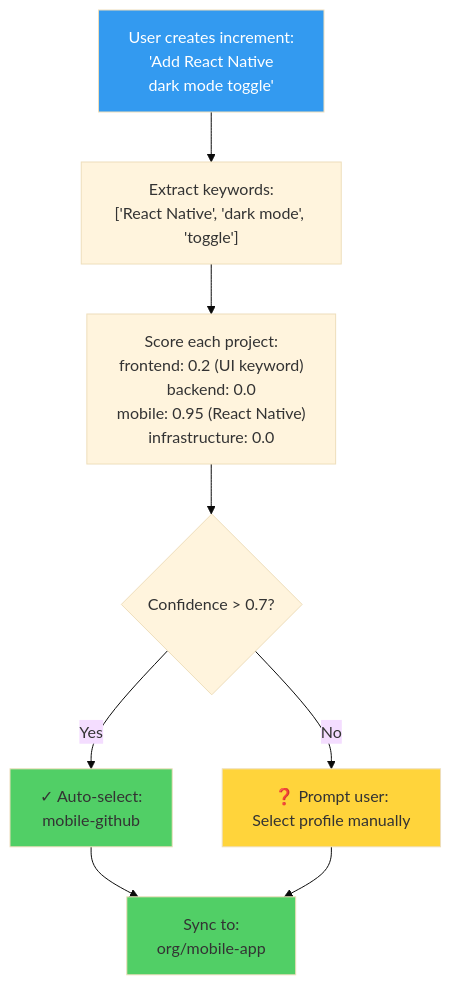
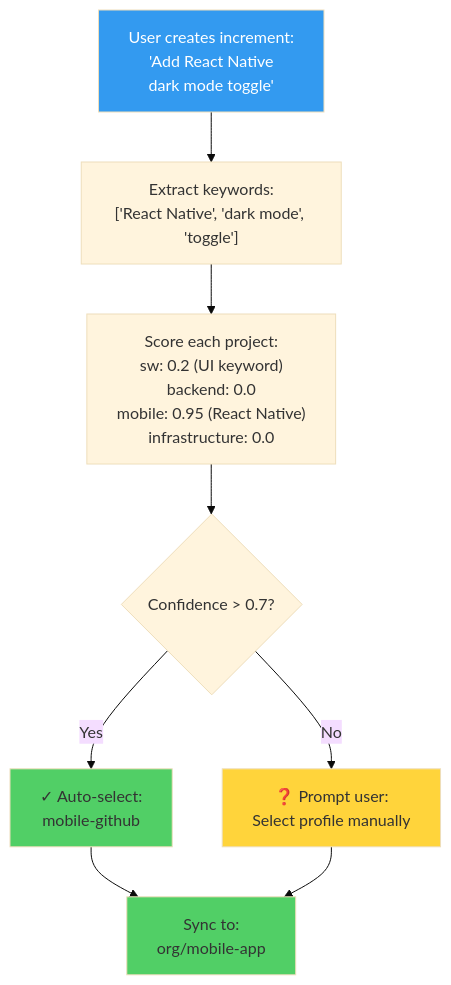
The sixth of 10 diagrams in docs-site/docs/guides/multi-project-sync-architecture.md (anton-abyzov/specweave), drawn with Mermaid (base theme) before and after one commit. The commit also changed other lines of this file and 181 other files, not shown here.

````diff
--- a/docs-site/docs/guides/multi-project-sync-architecture.md
+++ b/docs-site/docs/guides/multi-project-sync-architecture.md
@@ -636,29 +636,29 @@
 ```mermaid
 flowchart TD
     START["User creates increment:<br/>'Add React Native<br/>dark mode toggle'"]
 
     EXTRACT["Extract keywords:<br/>['React Native', 'dark mode', 'toggle']"]
 
-    SCORE["Score each project:<br/>frontend: 0.2 (UI keyword)<br/>backend: 0.0<br/>mobile: 0.95 (React Native)<br/>infrastructure: 0.0"]
+    SCORE["Score each project:<br/>sw: 0.2 (UI keyword)<br/>backend: 0.0<br/>mobile: 0.95 (React Native)<br/>infrastructure: 0.0"]
 
     THRESHOLD{Confidence > 0.7?}
 
     AUTO_SELECT["✓ Auto-select:<br/>mobile-github"]
 
     PROMPT["❓ Prompt user:<br/>Select profile manually"]
 
     SYNC["Sync to:<br/>org/mobile-app"]
 
     START --> EXTRACT
     EXTRACT --> SCORE
     SCORE --> THRESHOLD
     THRESHOLD -->|Yes| AUTO_SELECT
     THRESHOLD -->|No| PROMPT
     AUTO_SELECT --> SYNC
     PROMPT --> SYNC
 
     style START fill:#339af0,color:#fff
     style AUTO_SELECT fill:#51cf66
     style PROMPT fill:#ffd43b
     style SYNC fill:#51cf66
 ```
````
